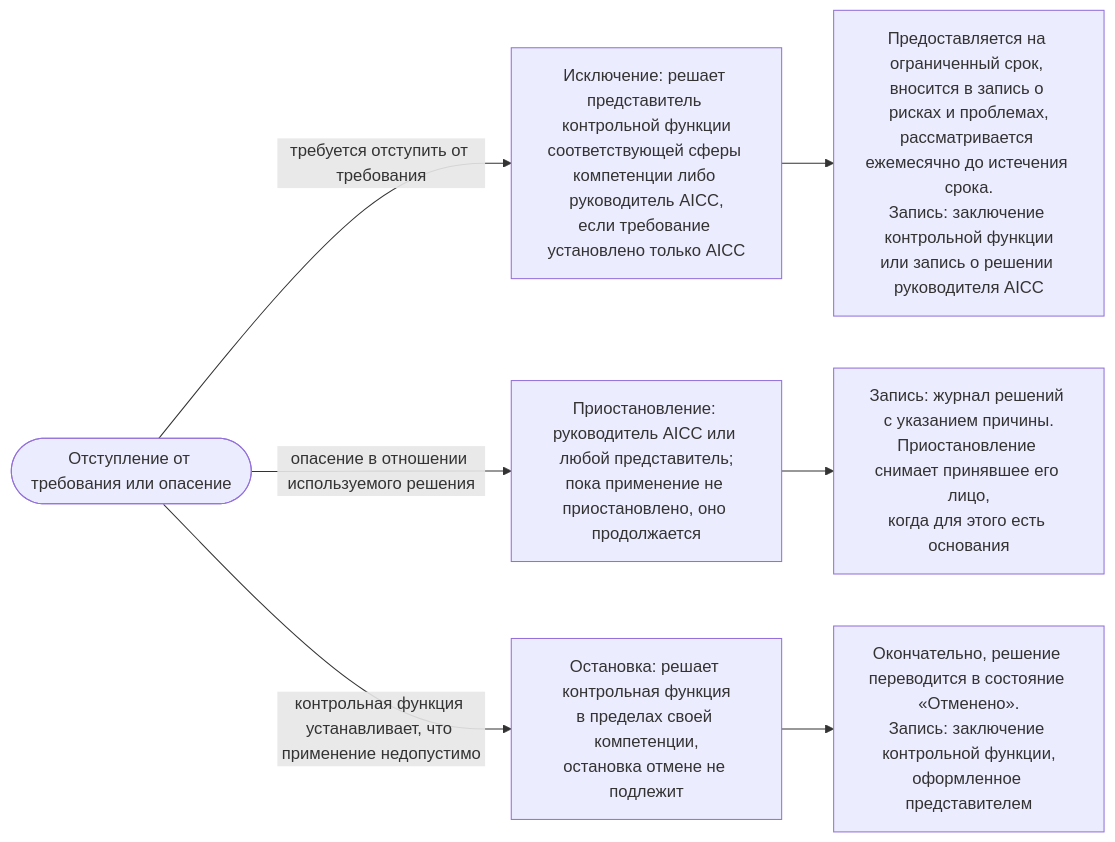
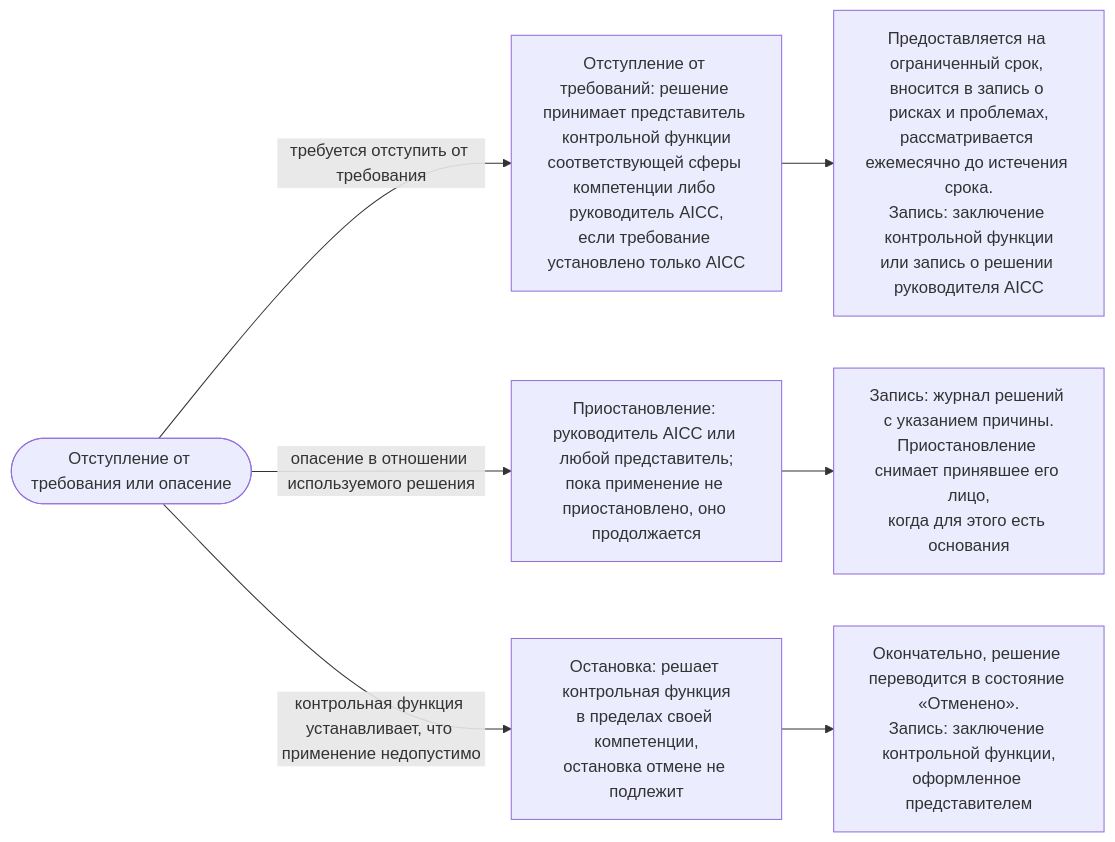
The third of 3 diagrams in charter/ru/workflows/ai-risk-control.md (devhogu/ob-aicc), drawn with Mermaid before and after one commit. The commit also changed other lines of this file and 112 other files, not shown here.

First line of the commit message:
Russian edition: Exception is «отступление от требований»; fairness, incident and benefit wording on Responsible AI

````diff
--- a/charter/ru/workflows/ai-risk-control.md
+++ b/charter/ru/workflows/ai-risk-control.md
@@ -95,10 +95,10 @@
 ```mermaid
 flowchart LR
   EV(["Отступление от требования или опасение"])
-  EV -->|"требуется отступить от требования"| X1["Исключение: решает представитель контрольной функции<br/>соответствующей сферы компетенции либо руководитель AICC,<br/>если требование установлено только AICC"]
+  EV -->|"требуется отступить от требования"| X1["Отступление от требований: решение принимает представитель контрольной функции<br/>соответствующей сферы компетенции либо руководитель AICC,<br/>если требование установлено только AICC"]
   X1 --> X2["Предоставляется на ограниченный срок, вносится в запись о рисках и проблемах,<br/>рассматривается ежемесячно до истечения срока.<br/>Запись: заключение контрольной функции<br/>или запись о решении руководителя AICC"]
   EV -->|"опасение в отношении используемого решения"| S1["Приостановление: руководитель AICC или любой представитель;<br/>пока применение не приостановлено, оно продолжается"]
   S1 --> S2["Запись: журнал решений с указанием причины.<br/>Приостановление снимает принявшее его лицо,<br/>когда для этого есть основания"]
   EV -->|"контрольная функция устанавливает, что применение недопустимо"| T1["Остановка: решает контрольная функция<br/>в пределах своей компетенции,<br/>остановка отмене не подлежит"]
   T1 --> T2["Окончательно, решение переводится в состояние «Отменено».<br/>Запись: заключение контрольной функции,<br/>оформленное представителем"]
 ```
````
